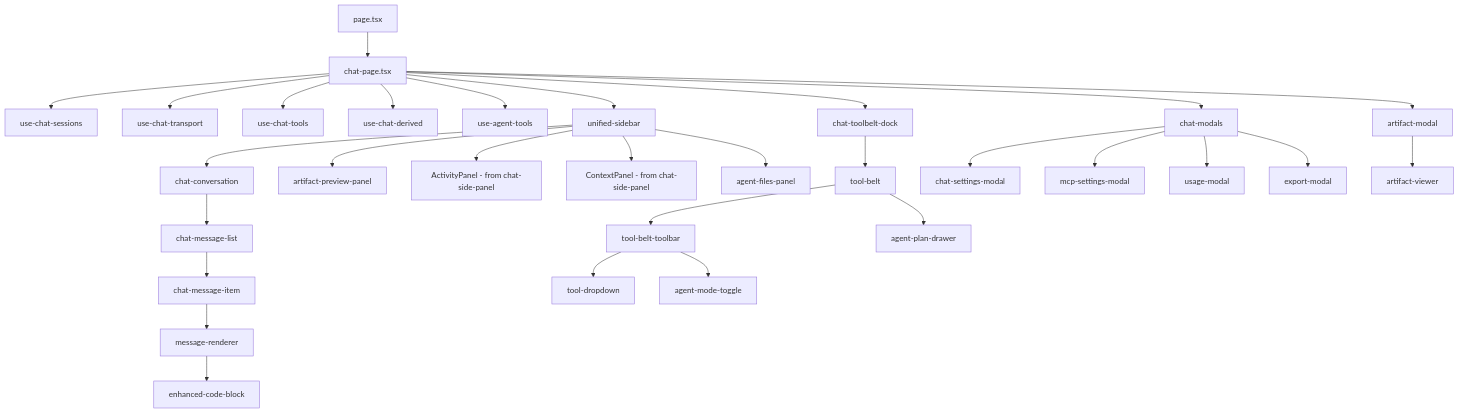
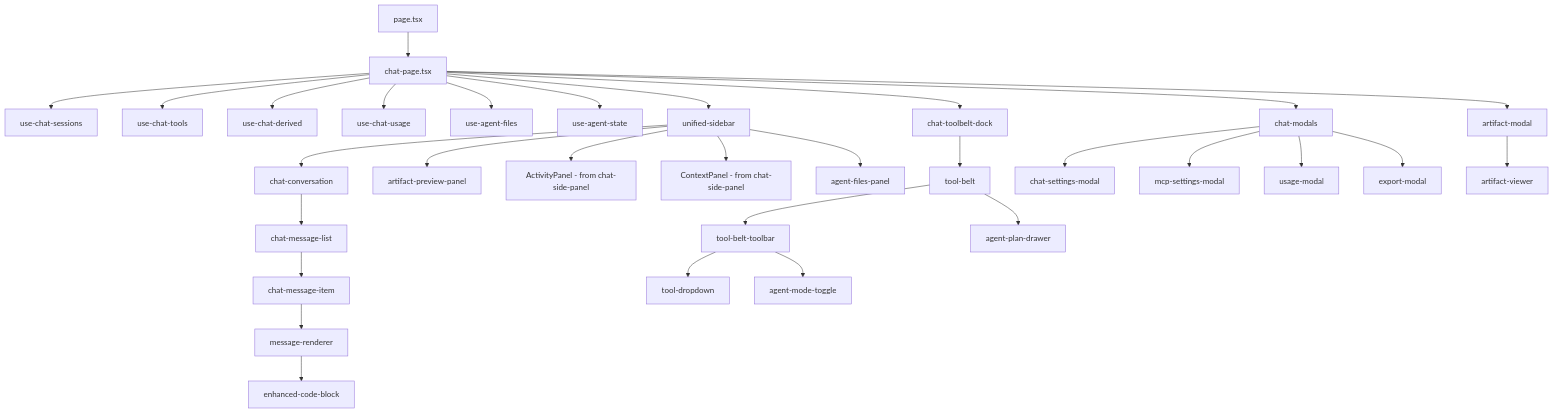
One commit to kustomzone/vllm-studio changed the tenth of 10 diagrams in frontend/src/app/chat/AGENTS.md. Above: the diagram before and after it, drawn with Mermaid. The commit also changed other lines of this file and 31 other files, not shown here.

````diff
--- a/frontend/src/app/chat/AGENTS.md
+++ b/frontend/src/app/chat/AGENTS.md
@@ -272,38 +251,39 @@
 ```mermaid
 graph TD
   ChatRoutePage["page.tsx"] --> ChatPage["chat-page.tsx"]
 
   ChatPage --> useChatSessions["use-chat-sessions"]
-  ChatPage --> useChatTransport["use-chat-transport"]
   ChatPage --> useChatTools["use-chat-tools"]
   ChatPage --> useChatDerived["use-chat-derived"]
-  ChatPage --> useAgentTools["use-agent-tools"]
+  ChatPage --> useChatUsage["use-chat-usage"]
+  ChatPage --> useAgentFiles["use-agent-files"]
+  ChatPage --> useAgentState["use-agent-state"]
 
   ChatPage --> UnifiedSidebar["unified-sidebar"]
   UnifiedSidebar --> ChatConversation["chat-conversation"]
   ChatConversation --> ChatMessageList["chat-message-list"]
   ChatMessageList --> ChatMessageItem["chat-message-item"]
   ChatMessageItem --> MessageRenderer["message-renderer"]
   MessageRenderer --> EnhancedCodeBlock["enhanced-code-block"]
 
   ChatPage --> ChatToolbeltDock["chat-toolbelt-dock"]
   ChatToolbeltDock --> ToolBelt["tool-belt"]
   ToolBelt --> ToolBeltToolbar["tool-belt-toolbar"]
   ToolBeltToolbar --> ToolDropdown["tool-dropdown"]
   ToolBeltToolbar --> AgentModeToggle["agent-mode-toggle"]
 
   ChatPage --> ChatModals["chat-modals"]
   ChatModals --> ChatSettingsModal["chat-settings-modal"]
   ChatModals --> MCPSettingsModal["mcp-settings-modal"]
   ChatModals --> UsageModal["usage-modal"]
   ChatModals --> ExportModal["export-modal"]
 
   ChatPage --> ArtifactModal["artifact-modal"]
   ArtifactModal --> ArtifactViewer["artifact-viewer"]
 
   UnifiedSidebar --> ArtifactPreviewPanel["artifact-preview-panel"]
   UnifiedSidebar --> ActivityPanel["ActivityPanel - from chat-side-panel"]
   UnifiedSidebar --> ContextPanel["ContextPanel - from chat-side-panel"]
   UnifiedSidebar --> AgentFilesPanel["agent-files-panel"]
   ToolBelt --> AgentPlanDrawer["agent-plan-drawer"]
 ```
````
